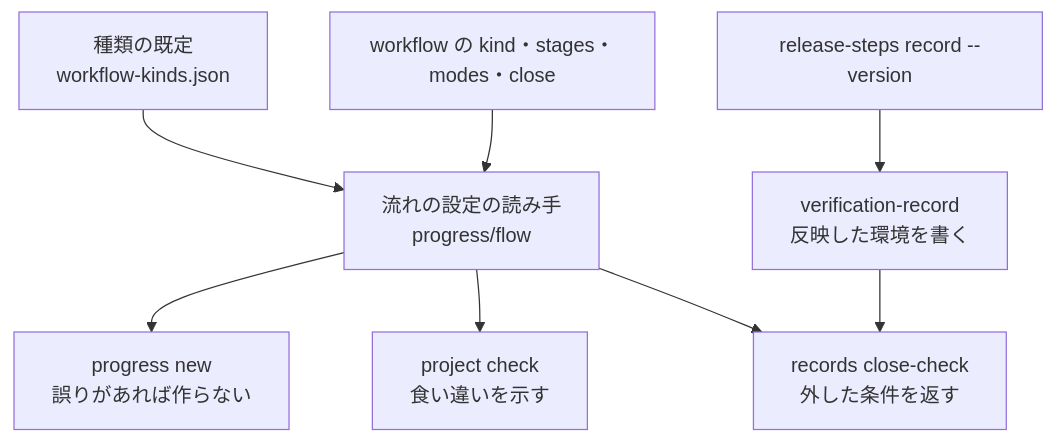
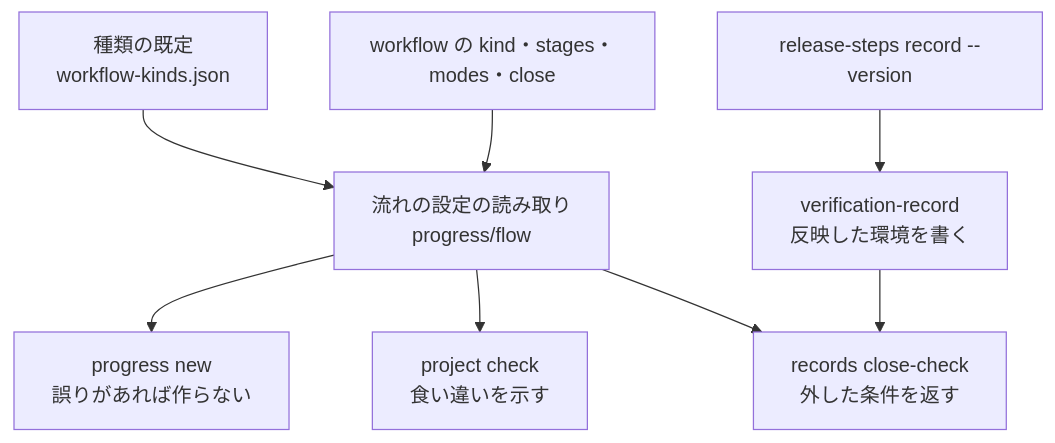
The second of 3 diagrams in issues/issue-4580-design.md (devbasex/ai-plugins), drawn with Mermaid before and after one commit. The commit also changed other lines of this file and 1 other file, not shown here.

````diff
--- a/issues/issue-4580-design.md
+++ b/issues/issue-4580-design.md
@@ -44,10 +44,10 @@
 ```mermaid
 graph TD
-  kind["種類の既定<br>workflow-kinds.json"] --> merge["流れの設定の読み手<br>progress/flow"]
+  kind["種類の既定<br>workflow-kinds.json"] --> merge["流れの設定の読み取り<br>progress/flow"]
   conf["workflow の kind・stages・modes・close"] --> merge
   merge --> new["progress new<br>誤りがあれば作らない"]
   merge --> check["project check<br>食い違いを示す"]
   merge --> close["records close-check<br>外した条件を返す"]
   rec["release-steps record --version"] --> verify["verification-record<br>反映した環境を書く"]
   verify --> close
 ```
````
